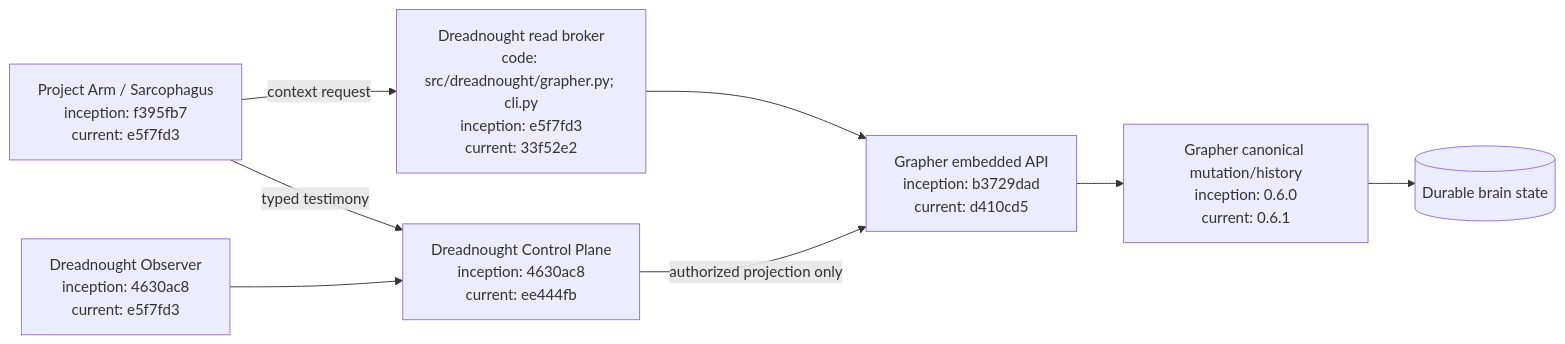
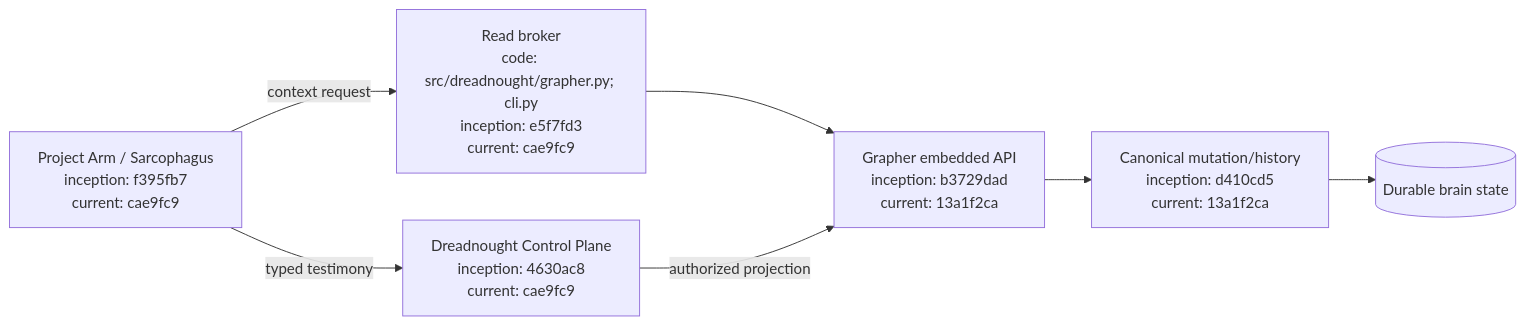
The first of 2 diagrams in docs/GRAPHER_INTEGRATION.md (seanbman/dreadnought), drawn with Mermaid before and after one commit. The commit also changed other lines of this file and 5 other files, not shown here.

````diff
--- a/docs/GRAPHER_INTEGRATION.md
+++ b/docs/GRAPHER_INTEGRATION.md
@@ -79,10 +66,9 @@
 ```mermaid
 flowchart LR
-    A["Project Arm / Sarcophagus\ninception: f395fb7\ncurrent: e5f7fd3"] -->|typed testimony| D["Dreadnought Control Plane\ninception: 4630ac8\ncurrent: ee444fb"]
-    O["Dreadnought Observer\ninception: 4630ac8\ncurrent: e5f7fd3"] --> D
-    A -->|context request| R["Dreadnought read broker\ncode: src/dreadnought/grapher.py; cli.py\ninception: e5f7fd3\ncurrent: 33f52e2"]
-    R --> E["Grapher embedded API\ninception: b3729dad\ncurrent: d410cd5"]
-    D -->|authorized projection only| E
-    E --> G["Grapher canonical mutation/history\ninception: 0.6.0\ncurrent: 0.6.1"]
+    A["Project Arm / Sarcophagus\ninception: f395fb7\ncurrent: cae9fc9"] -->|typed testimony| D["Dreadnought Control Plane\ninception: 4630ac8\ncurrent: cae9fc9"]
+    A -->|context request| R["Read broker\ncode: src/dreadnought/grapher.py; cli.py\ninception: e5f7fd3\ncurrent: cae9fc9"]
+    R --> E["Grapher embedded API\ninception: b3729dad\ncurrent: 13a1f2ca"]
+    D -->|authorized projection| E
+    E --> G["Canonical mutation/history\ninception: d410cd5\ncurrent: 13a1f2ca"]
     G --> B[("Durable brain state")]
 ```
````
